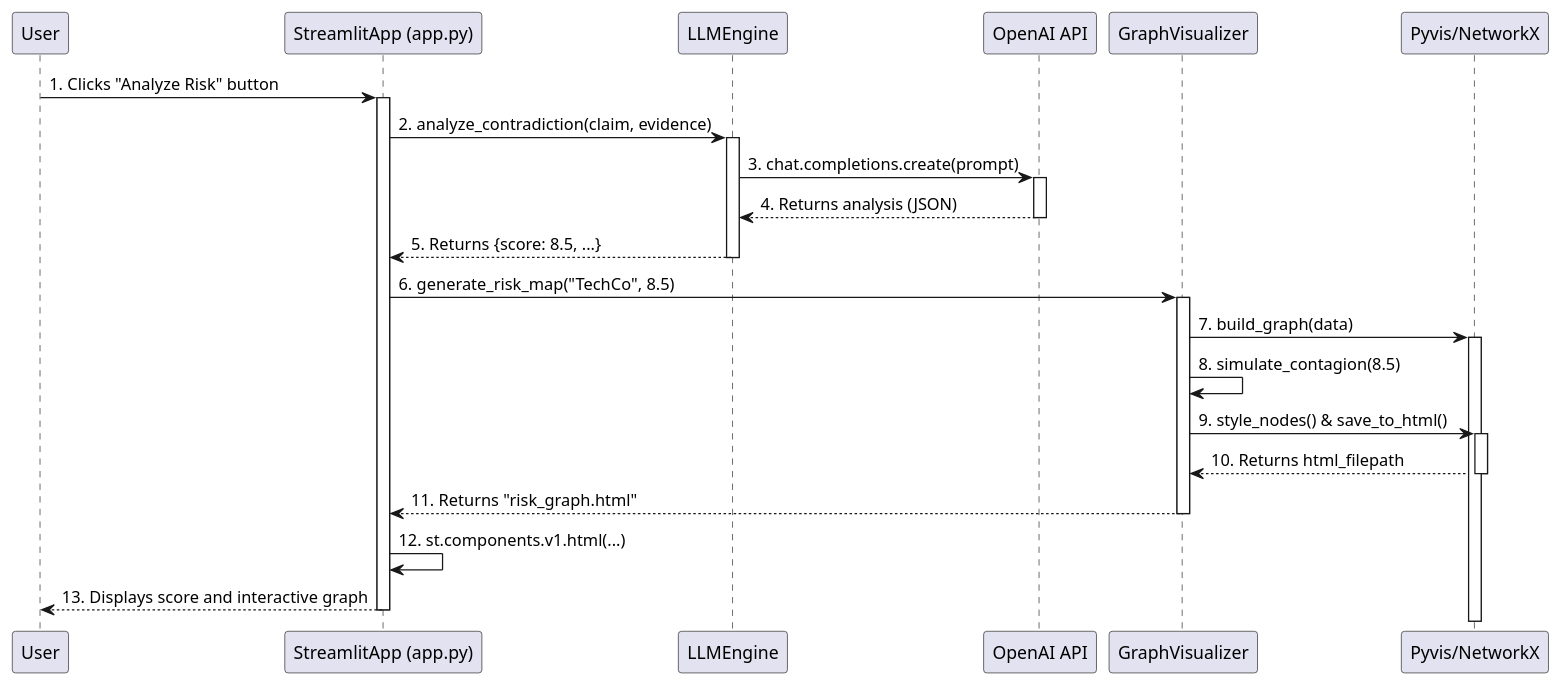
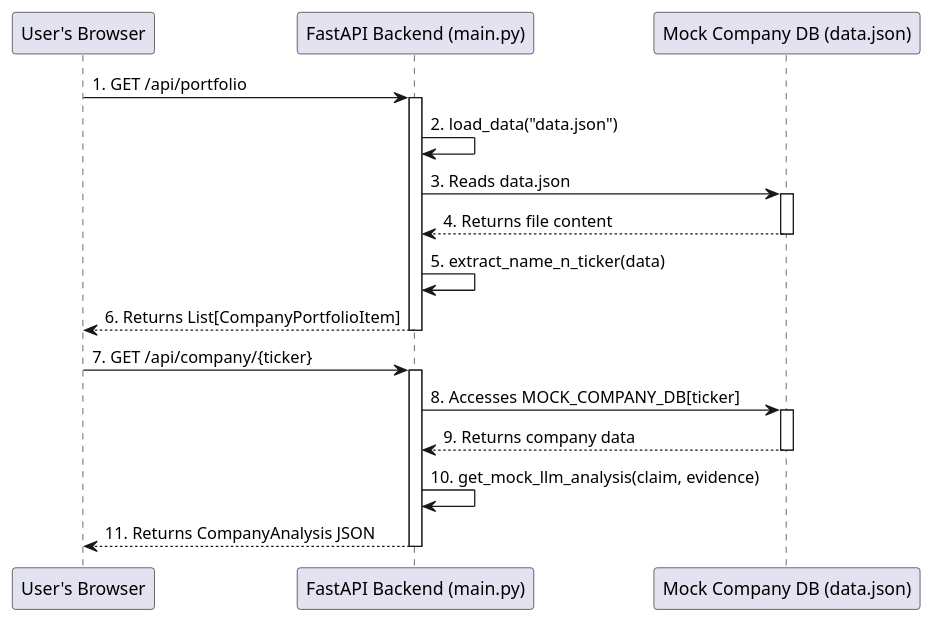
One commit to Rejseri/fintechHackathon changed the diagram in back/sequence_diagram.puml. Above: the diagram before and after it, drawn with PlantUML. The commit also changed 1 other file, not shown here.

Commit message:
update uml diagrams

```diff
--- a/back/sequence_diagram.puml
+++ b/back/sequence_diagram.puml
@@ -1,26 +1,22 @@
 @startuml
 ' Define participants
-participant User
-participant "StreamlitApp (app.py)" as App
-participant "LLMEngine" as LLM
-participant "OpenAI API" as API
-participant "GraphVisualizer" as GNN
-participant "Pyvis/NetworkX" as Pyvis
+participant "User's Browser" as Frontend
+participant "FastAPI Backend (main.py)" as Backend
+participant "Mock Company DB (data.json)" as DB
 
-' Define flow
-User -> App ++ : 1. Clicks "Analyze Risk" button
-App -> LLM ++ : 2. analyze_contradiction(claim, evidence)
-LLM -> API ++ : 3. chat.completions.create(prompt)
-API --> LLM -- : 4. Returns analysis (JSON)
-LLM --> App -- : 5. Returns {score: 8.5, ...}
+' Define flow for getting the portfolio
+Frontend -> Backend ++ : 1. GET /api/portfolio
+Backend -> Backend : 2. load_data("data.json")
+Backend -> DB ++ : 3. Reads data.json
+DB --> Backend -- : 4. Returns file content
+Backend -> Backend : 5. extract_name_n_ticker(data)
+Backend --> Frontend -- : 6. Returns List[CompanyPortfolioItem]
 
-App -> GNN ++ : 6. generate_risk_map("TechCo", 8.5)
-GNN -> Pyvis ++ : 7. build_graph(data)
-GNN -> GNN : 8. simulate_contagion(8.5)
-GNN -> Pyvis ++ : 9. style_nodes() & save_to_html()
-Pyvis --> GNN -- : 10. Returns html_filepath
-GNN --> App -- : 11. Returns "risk_graph.html"
+' Define flow for getting a single company analysis
+Frontend -> Backend ++ : 7. GET /api/company/{ticker}
+Backend -> DB ++ : 8. Accesses MOCK_COMPANY_DB[ticker]
+DB --> Backend -- : 9. Returns company data
+Backend -> Backend : 10. get_mock_llm_analysis(claim, evidence)
+Backend --> Frontend -- : 11. Returns CompanyAnalysis JSON
 
-App -> App : 12. st.components.v1.html(...)
-App --> User -- : 13. Displays score and interactive graph
 @enduml
```
